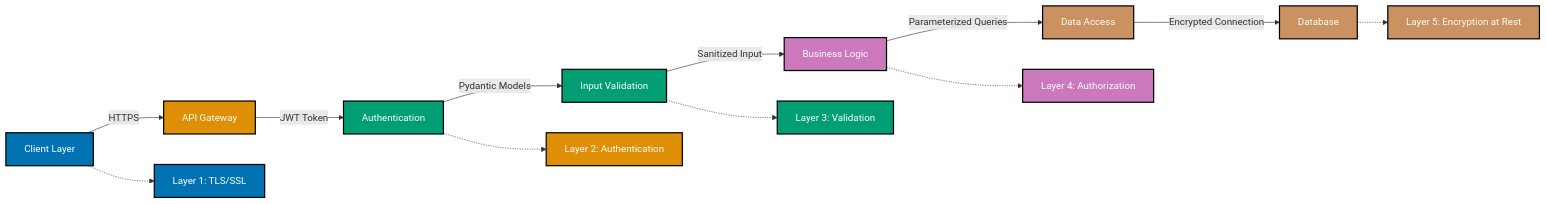
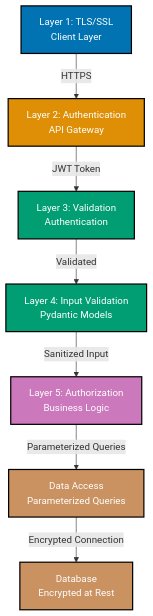
One commit to wahidyankf/ose-primer changed the fourth of 5 diagrams in docs/explanation/software-engineering/programming-languages/python/security.md. Above: the diagram before and after it, drawn with Mermaid. The commit also changed 86 other files, not shown here.

````diff
--- a/docs/explanation/software-engineering/programming-languages/python/security.md
+++ b/docs/explanation/software-engineering/programming-languages/python/security.md
@@ -525,36 +525,24 @@
 ```mermaid
 %% Color Palette: Blue #0173B2, Orange #DE8F05, Teal #029E73, Purple #CC78BC, Brown #CA9161
-graph LR
-  A[Client Layer]:::blue
-  B[API Gateway]:::orange
-  C[Authentication]:::teal
-  D[Input Validation]:::teal
-  E[Business Logic]:::purple
-  F[Data Access]:::brown
-  G[Database]:::brown
+graph TD
+  A["Layer 1: TLS/SSL<br/>Client Layer"]:::blue
+  B["Layer 2: Authentication<br/>API Gateway"]:::orange
+  C["Layer 3: Validation<br/>Authentication"]:::teal
+  D["Layer 4: Input Validation<br/>Pydantic Models"]:::teal
+  E["Layer 5: Authorization<br/>Business Logic"]:::purple
+  F["Data Access<br/>Parameterized Queries"]:::brown
+  G["Database<br/>Encrypted at Rest"]:::brown
 
   A -->|HTTPS| B
   B -->|JWT Token| C
-  C -->|Pydantic Models| D
+  C -->|Validated| D
   D -->|Sanitized Input| E
   E -->|Parameterized Queries| F
   F -->|Encrypted Connection| G
-
-  H[Layer 1: TLS/SSL]:::blue
-  I[Layer 2: Authentication]:::orange
-  J[Layer 3: Validation]:::teal
-  K[Layer 4: Authorization]:::purple
-  L[Layer 5: Encryption at Rest]:::brown
-
-  A -.-> H
-  C -.-> I
-  D -.-> J
-  E -.-> K
-  G -.-> L
 
   classDef blue fill:#0173B2,stroke:#000000,color:#FFFFFF,stroke-width:2px
   classDef orange fill:#DE8F05,stroke:#000000,color:#FFFFFF,stroke-width:2px
   classDef teal fill:#029E73,stroke:#000000,color:#FFFFFF,stroke-width:2px
   classDef purple fill:#CC78BC,stroke:#000000,color:#FFFFFF,stroke-width:2px
   classDef brown fill:#CA9161,stroke:#000000,color:#FFFFFF,stroke-width:2px
 ```
````
